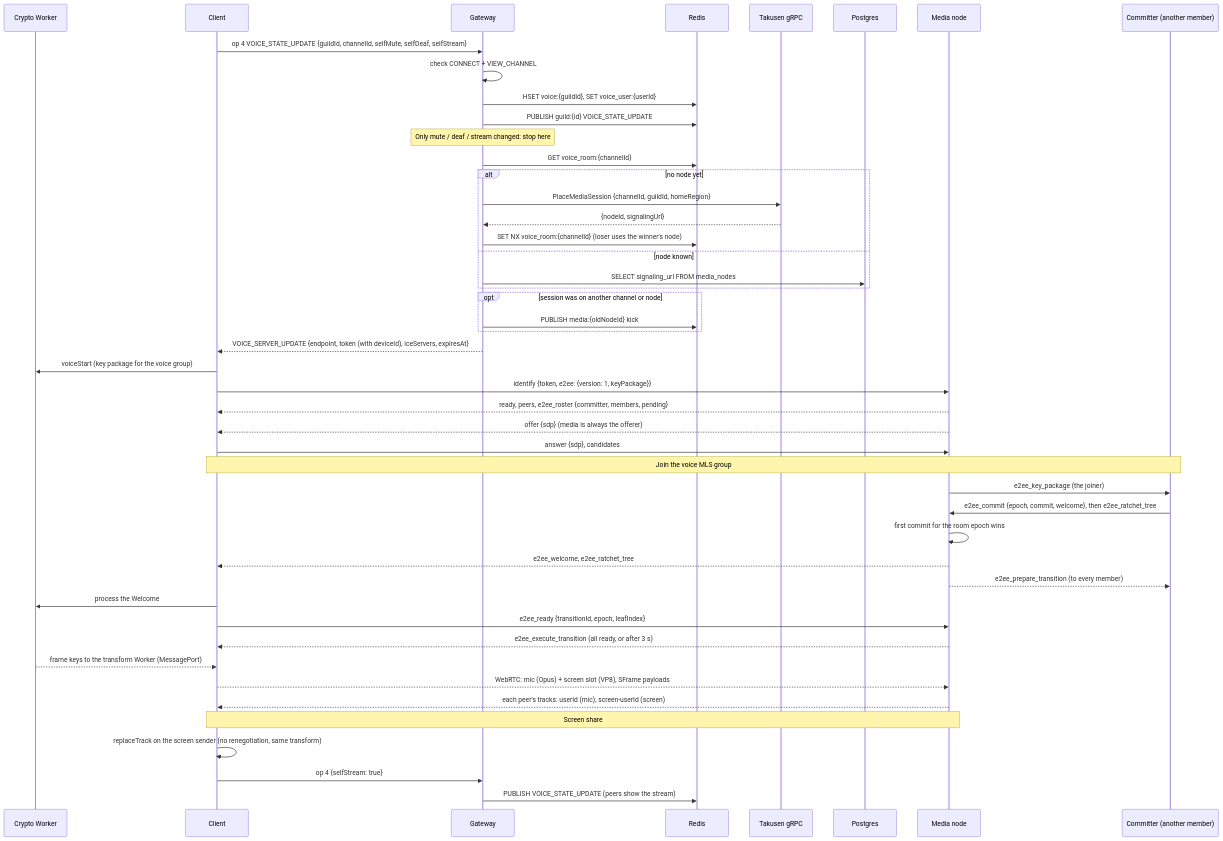
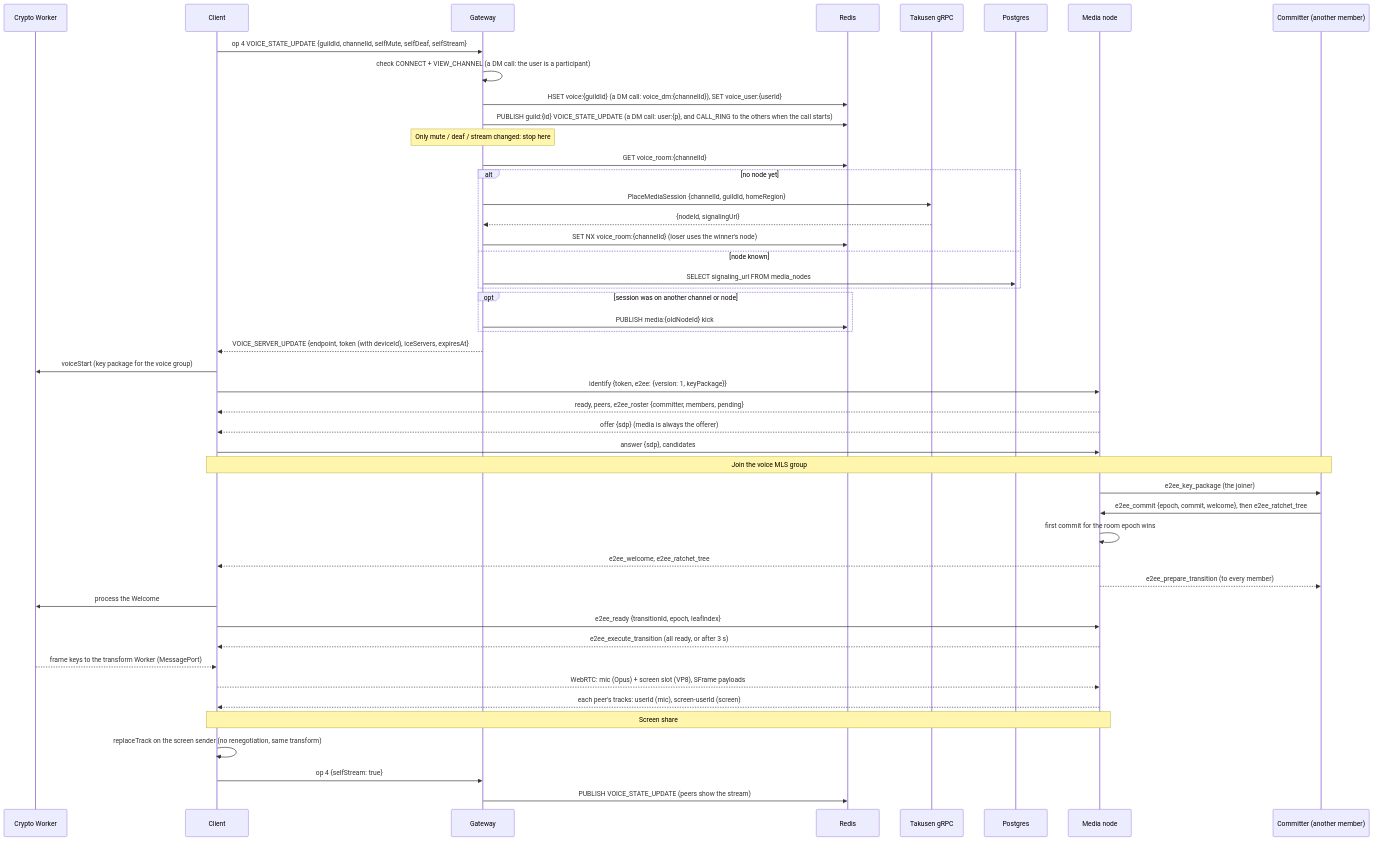
Before and after one commit to dan-hummelstad/hachiman: the third of 5 diagrams in README.md, drawn with Mermaid. The commit also changed 1 other file, not shown here.

Commit message:
docs: DM calls in the voice join diagram and the shared UI README

````diff
--- a/README.md
+++ b/README.md
@@ -165,52 +165,52 @@
 ```mermaid
 sequenceDiagram
   participant W as Crypto Worker
   participant C as Client
   participant G as Gateway
   participant R as Redis
   participant OG as Takusen gRPC
   participant PG as Postgres
   participant M as Media node
   participant P as Committer (another member)
 
   C->>G: op 4 VOICE_STATE_UPDATE {guildId, channelId, selfMute, selfDeaf, selfStream}
-  G->>G: check CONNECT + VIEW_CHANNEL
-  G->>R: HSET voice:{guildId}, SET voice_user:{userId}
-  G->>R: PUBLISH guild:{id} VOICE_STATE_UPDATE
+  G->>G: check CONNECT + VIEW_CHANNEL (a DM call: the user is a participant)
+  G->>R: HSET voice:{guildId} (a DM call: voice_dm:{channelId}), SET voice_user:{userId}
+  G->>R: PUBLISH guild:{id} VOICE_STATE_UPDATE (a DM call: user:{p}, and CALL_RING to the others when the call starts)
   Note over G: Only mute / deaf / stream changed: stop here
   G->>R: GET voice_room:{channelId}
   alt no node yet
     G->>OG: PlaceMediaSession {channelId, guildId, homeRegion}
     OG-->>G: {nodeId, signalingUrl}
     G->>R: SET NX voice_room:{channelId} (loser uses the winner's node)
   else node known
     G->>PG: SELECT signaling_url FROM media_nodes
   end
   opt session was on another channel or node
     G->>R: PUBLISH media:{oldNodeId} kick
   end
   G-->>C: VOICE_SERVER_UPDATE {endpoint, token (with deviceId), iceServers, expiresAt}
   C->>W: voiceStart (key package for the voice group)
   C->>M: identify {token, e2ee: {version: 1, keyPackage}}
   M-->>C: ready, peers, e2ee_roster {committer, members, pending}
   M-->>C: offer {sdp} (media is always the offerer)
   C->>M: answer {sdp}, candidates
 
   Note over C,P: Join the voice MLS group
   M->>P: e2ee_key_package (the joiner)
   P->>M: e2ee_commit {epoch, commit, welcome}, then e2ee_ratchet_tree
   M->>M: first commit for the room epoch wins
   M-->>C: e2ee_welcome, e2ee_ratchet_tree
   M-->>P: e2ee_prepare_transition (to every member)
   C->>W: process the Welcome
   C->>M: e2ee_ready {transitionId, epoch, leafIndex}
   M-->>C: e2ee_execute_transition (all ready, or after 3 s)
   W-->>C: frame keys to the transform Worker (MessagePort)
   C-->>M: WebRTC: mic (Opus) + screen slot (VP8), SFrame payloads
   M-->>C: each peer's tracks: userId (mic), screen-userId (screen)
 
   Note over C,M: Screen share
   C->>C: replaceTrack on the screen sender (no renegotiation, same transform)
   C->>G: op 4 {selfStream: true}
   G->>R: PUBLISH VOICE_STATE_UPDATE (peers show the stream)
 ```
````
